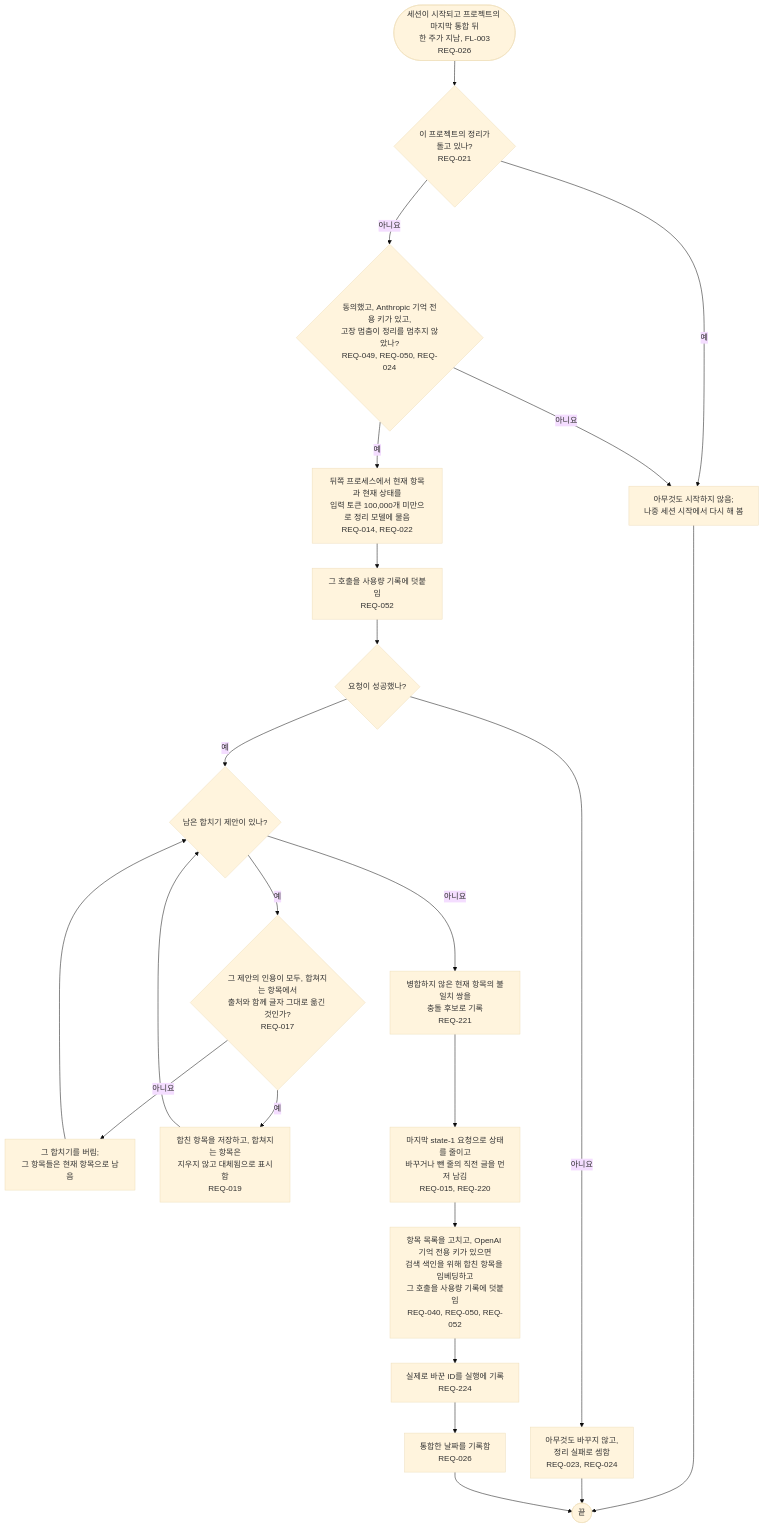
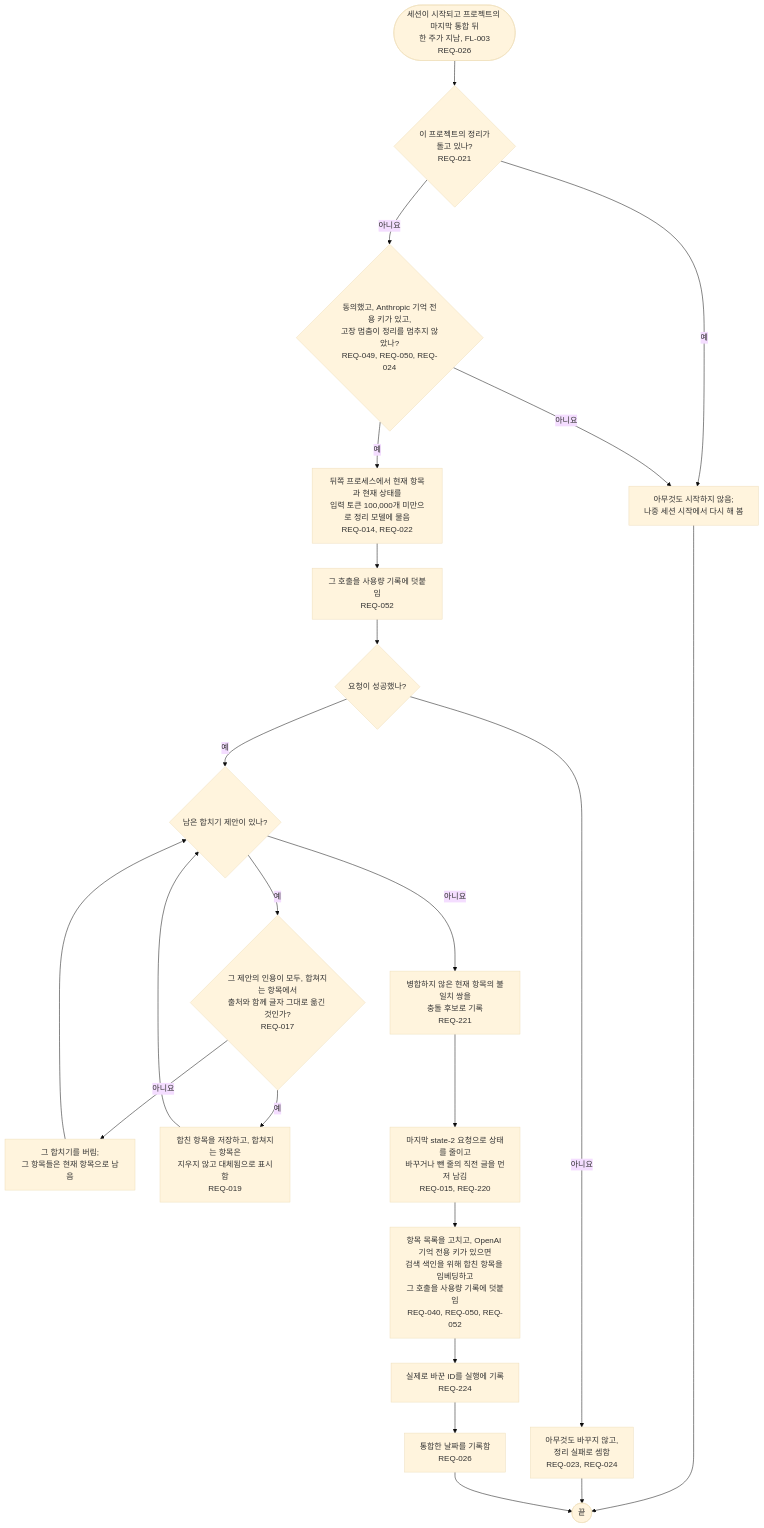
Before and after one commit to kodonghui/corthex: the diagram in docs/03-user-flow/memory/FL-006-consolidate-a-project.ko.md, drawn with Mermaid (base theme). The commit also changed 11 other files, not shown here.

````diff
--- a/docs/03-user-flow/memory/FL-006-consolidate-a-project.ko.md
+++ b/docs/03-user-flow/memory/FL-006-consolidate-a-project.ko.md
@@ -9,25 +9,25 @@
 ```mermaid
 flowchart TD
   A(["세션이 시작되고 프로젝트의 마지막 통합 뒤<br/>한 주가 지남, FL-003<br/>REQ-026"]) --> B{"이 프로젝트의 정리가<br/>돌고 있나?<br/>REQ-021"}
   B -->|예| B1["아무것도 시작하지 않음;<br/>나중 세션 시작에서 다시 해 봄"]
   B1 --> Z(["끝"])
   B -->|아니요| C{"동의했고, Anthropic 기억 전용 키가 있고,<br/>고장 멈춤이 정리를 멈추지 않았나?<br/>REQ-049, REQ-050, REQ-024"}
   C -->|아니요| B1
   C -->|예| D["뒤쪽 프로세스에서 현재 항목과 현재 상태를<br/>입력 토큰 100,000개 미만으로 정리 모델에 물음<br/>REQ-014, REQ-022"]
   D --> E["그 호출을 사용량 기록에 덧붙임<br/>REQ-052"]
   E --> F{"요청이 성공했나?"}
   F -->|아니요| F1["아무것도 바꾸지 않고,<br/>정리 실패로 셈함<br/>REQ-023, REQ-024"]
   F1 --> Z
   F -->|예| M{"남은 합치기 제안이 있나?"}
   M -->|예| G{"그 제안의 인용이 모두, 합쳐지는 항목에서<br/>출처와 함께 글자 그대로 옮긴 것인가?<br/>REQ-017"}
   G -->|아니요| G1["그 합치기를 버림;<br/>그 항목들은 현재 항목으로 남음"]
   G1 --> M
   G -->|예| G2["합친 항목을 저장하고, 합쳐지는 항목은<br/>지우지 않고 대체됨으로 표시함<br/>REQ-019"]
   G2 --> M
   M -->|아니요| CF["병합하지 않은 현재 항목의 불일치 쌍을<br/>충돌 후보로 기록<br/>REQ-221"]
-  CF --> H["마지막 state-1 요청으로 상태를 줄이고<br/>바꾸거나 뺀 줄의 직전 글을 먼저 남김<br/>REQ-015, REQ-220"]
+  CF --> H["마지막 state-2 요청으로 상태를 줄이고<br/>바꾸거나 뺀 줄의 직전 글을 먼저 남김<br/>REQ-015, REQ-220"]
   H --> I["항목 목록을 고치고, OpenAI 기억 전용 키가 있으면<br/>검색 색인을 위해 합친 항목을 임베딩하고<br/>그 호출을 사용량 기록에 덧붙임<br/>REQ-040, REQ-050, REQ-052"]
   I --> RL["실제로 바꾼 ID를 실행에 기록<br/>REQ-224"]
   RL --> K["통합한 날짜를 기록함<br/>REQ-026"]
   K --> Z
 ```
````
